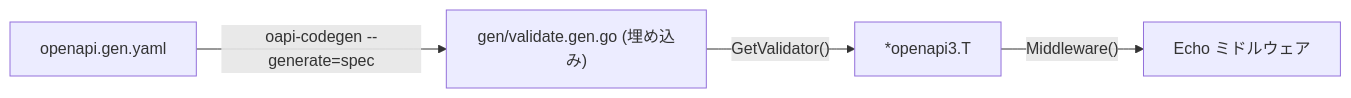
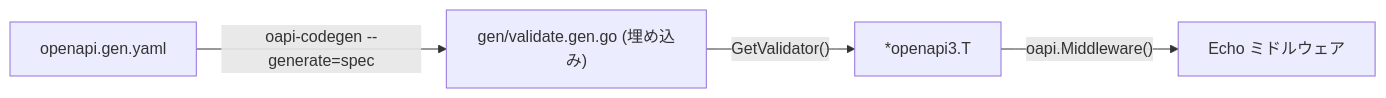
The diagram in internal/controller/httpstack/oapi/validator/README.ja.md (Tomy-ch/go-boilerplate), drawn with Mermaid before and after one commit. The commit also changed other lines of this file and 114 other files, not shown here.

````diff
--- a/internal/controller/httpstack/oapi/validator/README.ja.md
+++ b/internal/controller/httpstack/oapi/validator/README.ja.md
@@ -9,6 +9,6 @@
 ```mermaid
 flowchart LR
     Spec["openapi.gen.yaml"] -->|"oapi-codegen --generate=spec"| GenGo["gen/validate.gen.go (埋め込み)"]
     GenGo -->|"GetValidator()"| Schema["*openapi3.T"]
-    Schema -->|"Middleware()"| MW["Echo ミドルウェア"]
+    Schema -->|"oapi.Middleware()"| MW["Echo ミドルウェア"]
 ```
````
